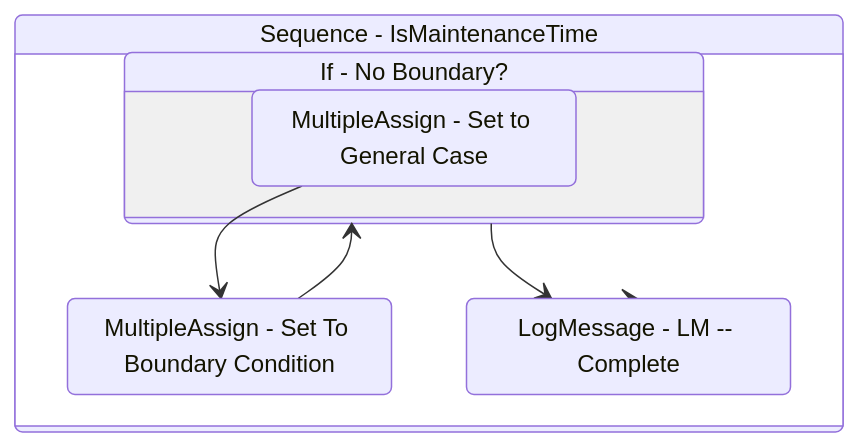
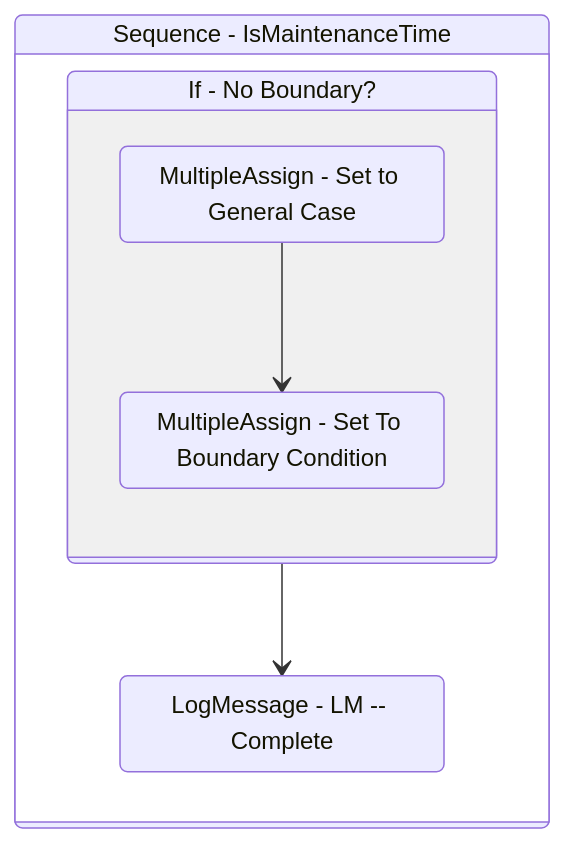
Before and after one commit to yashbrahmbhatt/LazyFramework: the diagram in Documentation/.templates/Performers/Basic/Framework/IsMaintenanceTime.md, drawn with Mermaid. The commit also changed other lines of this file and 83 other files, not shown here.

````diff
--- a/Documentation/.templates/Performers/Basic/Framework/IsMaintenanceTime.md
+++ b/Documentation/.templates/Performers/Basic/Framework/IsMaintenanceTime.md
@@ -98,19 +103,19 @@
 ```mermaid
 stateDiagram-v2
+
 
 Sequence_1: Sequence - IsMaintenanceTime
 state Sequence_1 {
 direction TB
+
 If_1: If - No Boundary?
 state If_1 {
 direction TB
 MultipleAssign_1 : MultipleAssign - Set to General Case
 MultipleAssign_2 : MultipleAssign - Set To Boundary Condition
 MultipleAssign_1 --> MultipleAssign_2
 }
-MultipleAssign_2 --> If_1
 LogMessage_1 : LogMessage - LM -- Complete
 If_1 --> LogMessage_1
 }
-LogMessage_1 --> Sequence_1
 ```
````
